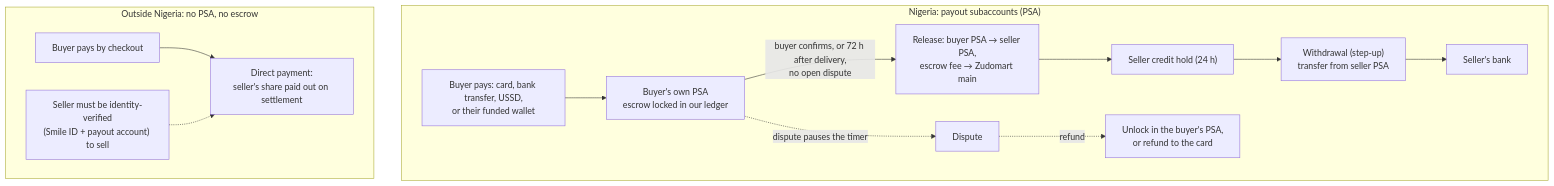
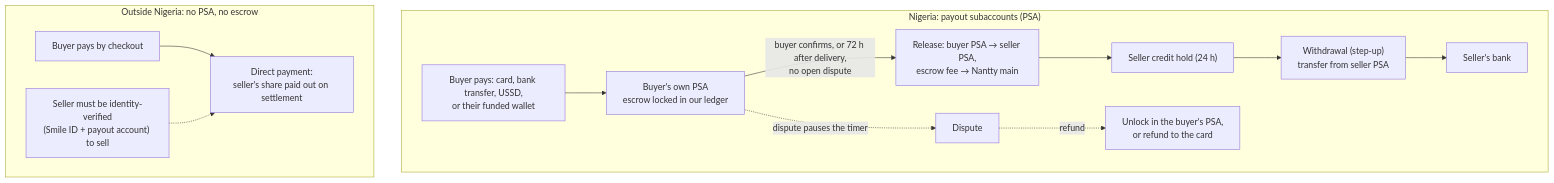
Before and after one commit to telente-technologies/nantty: the third of 5 diagrams in docs/architecture/system.md, drawn with Mermaid. The commit also changed other lines of this file and 28 other files, not shown here.

Commit message:
docs: add architecture, legal templates, meetings, and integration guides

````diff
--- a/docs/architecture/system.md
+++ b/docs/architecture/system.md
@@ -147,14 +147,14 @@
 ```mermaid
 flowchart TB
   subgraph NG["Nigeria: payout subaccounts (PSA)"]
     PAY["Buyer pays: card, bank transfer, USSD,<br/>or their funded wallet"] --> BPSA["Buyer's own PSA<br/>escrow locked in our ledger"]
-    BPSA -->|"buyer confirms, or 72 h after delivery,<br/>no open dispute"| REL["Release: buyer PSA → seller PSA,<br/>escrow fee → Zudomart main"]
+    BPSA -->|"buyer confirms, or 72 h after delivery,<br/>no open dispute"| REL["Release: buyer PSA → seller PSA,<br/>escrow fee → Nantty main"]
     REL --> HOLD["Seller credit hold (24 h)"] --> WD["Withdrawal (step-up)<br/>transfer from seller PSA"] --> BANK["Seller's bank"]
     BPSA -.->|"dispute pauses the timer"| DSP["Dispute"]
     DSP -.->|"refund"| UNLOCK["Unlock in the buyer's PSA,<br/>or refund to the card"]
   end
   subgraph ROW["Outside Nigeria: no PSA, no escrow"]
     CHK["Buyer pays by checkout"] --> DIRECT["Direct payment:<br/>seller's share paid out on settlement"]
     VER["Seller must be identity-verified<br/>(Smile ID + payout account) to sell"] -.-> DIRECT
   end
 ```
````
